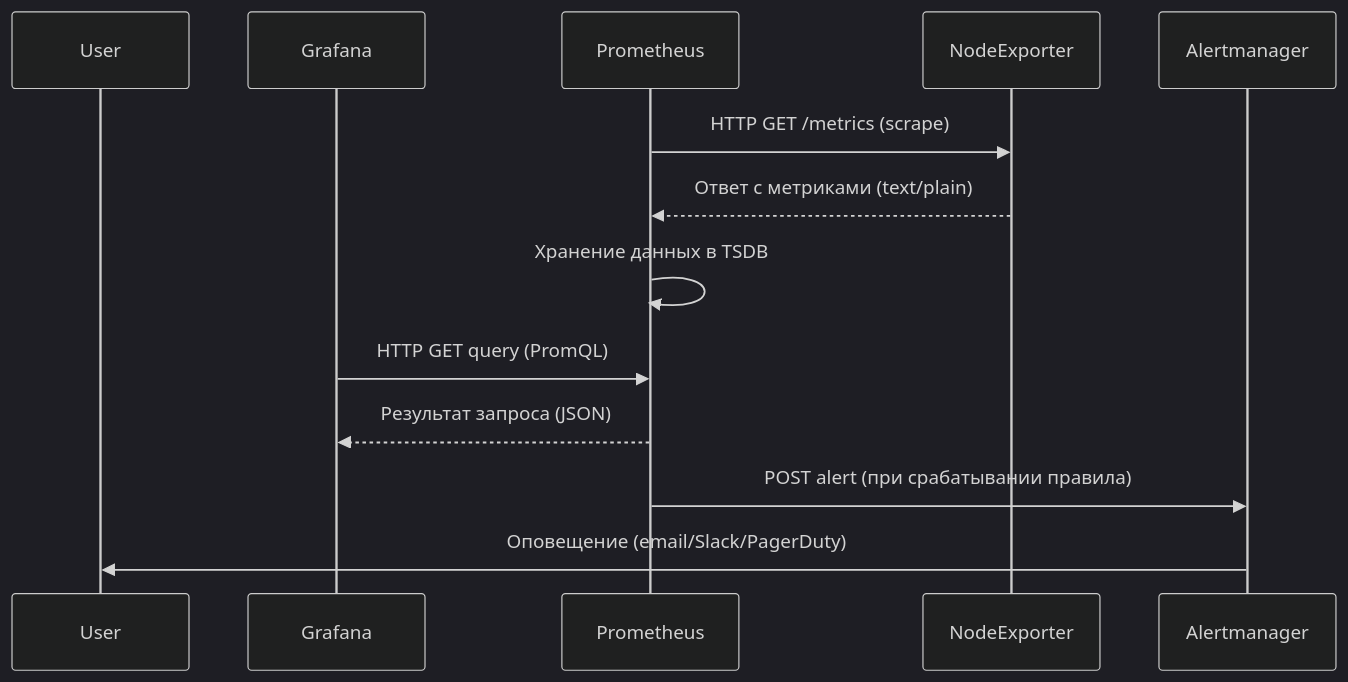
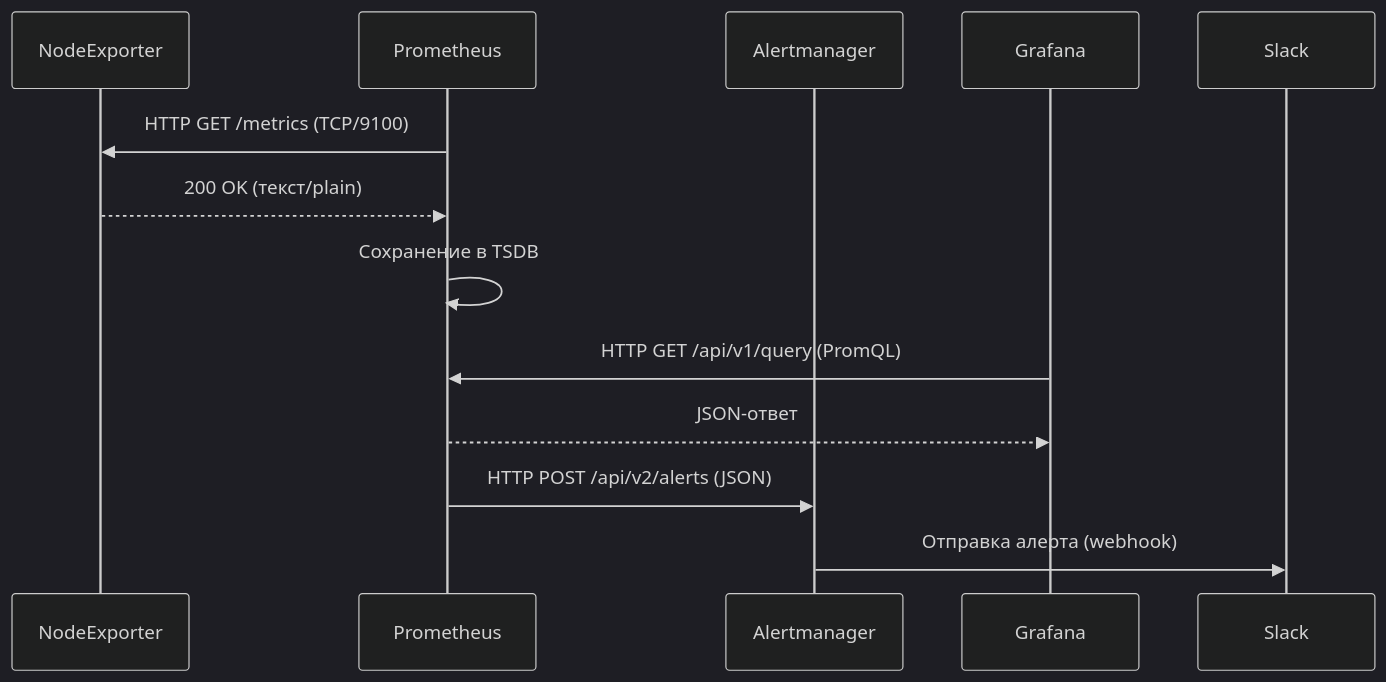
The first of 5 diagrams in Introduction_monitoring/README.md (lamjob1993/linux-monitoring), drawn with Mermaid (dark theme) before and after one commit. The commit also changed other lines of this file, not shown here.

````diff
--- a/Introduction_monitoring/README.md
+++ b/Introduction_monitoring/README.md
@@ -55,16 +58,15 @@
-```mermaid
-sequenceDiagram
-    participant User
-    participant Grafana
-    participant Prometheus
-    participant NodeExporter
-    participant Alertmanager
+```mermaid  
+sequenceDiagram  
+    participant NodeExporter  
+    participant Prometheus  
+    participant Alertmanager  
+    participant Grafana  
 
-    Prometheus->>NodeExporter: HTTP GET /metrics (scrape)
-    NodeExporter-->>Prometheus: Ответ с метриками (text/plain)
-    Prometheus->>Prometheus: Хранение данных в TSDB
-    Grafana->>Prometheus: HTTP GET query (PromQL)
-    Prometheus-->>Grafana: Результат запроса (JSON)
-    Prometheus->>Alertmanager: POST alert (при срабатывании правила)
-    Alertmanager->>User: Оповещение (email/Slack/PagerDuty)
-```
+    Prometheus->>NodeExporter: HTTP GET /metrics (TCP/9100)  
+    NodeExporter-->>Prometheus: 200 OK (текст/plain)  
+    Prometheus->>Prometheus: Сохранение в TSDB  
+    Grafana->>Prometheus: HTTP GET /api/v1/query (PromQL)  
+    Prometheus-->>Grafana: JSON-ответ  
+    Prometheus->>Alertmanager: HTTP POST /api/v2/alerts (JSON)  
+    Alertmanager->>Slack: Отправка алерта (webhook)  
+```  
````
